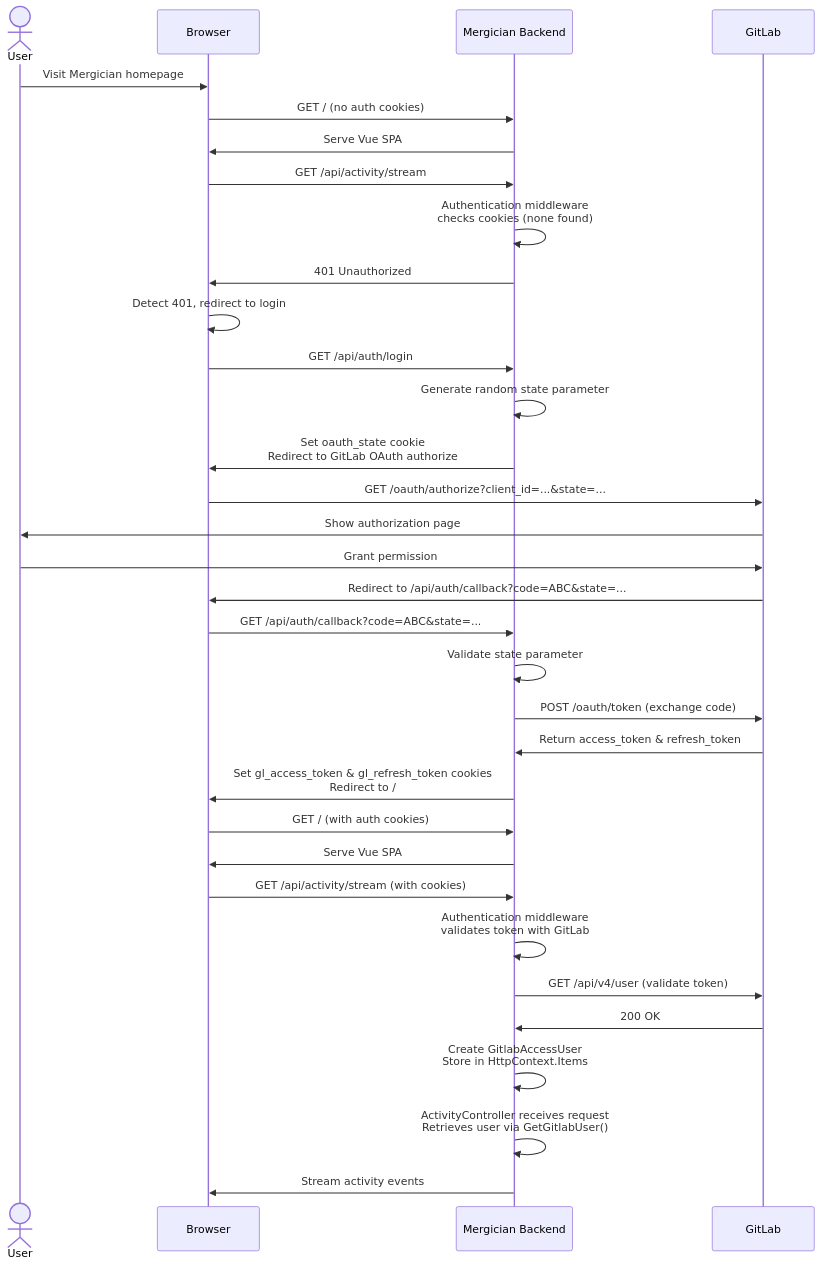
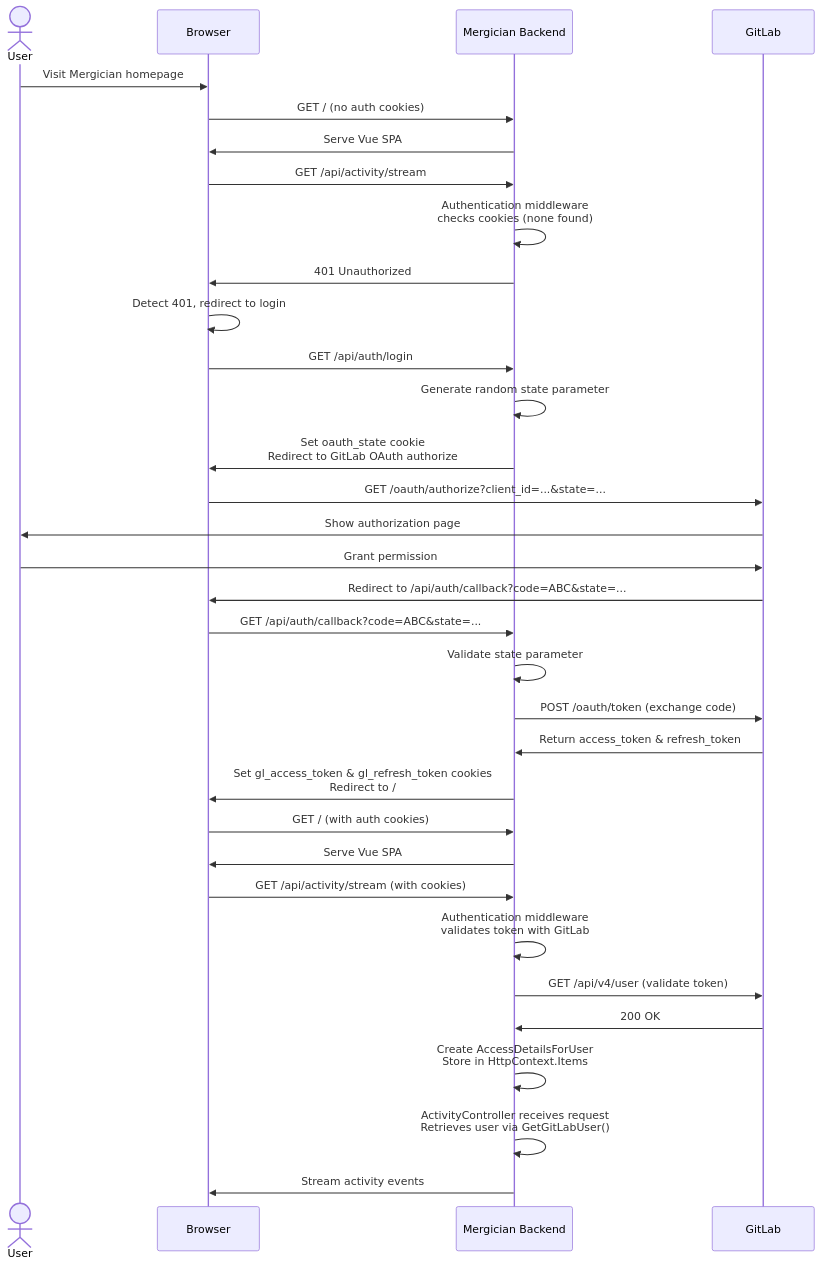
One commit to Falconne/ci-lab changed the first of 2 diagrams in docs/Authentication.md. Above: the diagram before and after it, drawn with Mermaid. The commit also changed other lines of this file and 10 other files, not shown here.

````diff
--- a/docs/Authentication.md
+++ b/docs/Authentication.md
@@ -13,36 +13,36 @@
 ```mermaid
 sequenceDiagram
     actor User
     participant Browser
     participant Mergician Backend
     participant GitLab
 
     User->>Browser: Visit Mergician homepage
     Browser->>Mergician Backend: GET / (no auth cookies)
     Mergician Backend->>Browser: Serve Vue SPA
     Browser->>Mergician Backend: GET /api/activity/stream
     Mergician Backend->>Mergician Backend: Authentication middleware<br/>checks cookies (none found)
     Mergician Backend->>Browser: 401 Unauthorized
     Browser->>Browser: Detect 401, redirect to login
     Browser->>Mergician Backend: GET /api/auth/login
     Mergician Backend->>Mergician Backend: Generate random state parameter
     Mergician Backend->>Browser: Set oauth_state cookie<br/>Redirect to GitLab OAuth authorize
     Browser->>GitLab: GET /oauth/authorize?client_id=...&state=...
     GitLab->>User: Show authorization page
     User->>GitLab: Grant permission
     GitLab->>Browser: Redirect to /api/auth/callback?code=ABC&state=...
     Browser->>Mergician Backend: GET /api/auth/callback?code=ABC&state=...
     Mergician Backend->>Mergician Backend: Validate state parameter
     Mergician Backend->>GitLab: POST /oauth/token (exchange code)
     GitLab->>Mergician Backend: Return access_token & refresh_token
     Mergician Backend->>Browser: Set gl_access_token & gl_refresh_token cookies<br/>Redirect to /
     Browser->>Mergician Backend: GET / (with auth cookies)
     Mergician Backend->>Browser: Serve Vue SPA
     Browser->>Mergician Backend: GET /api/activity/stream (with cookies)
     Mergician Backend->>Mergician Backend: Authentication middleware<br/>validates token with GitLab
     Mergician Backend->>GitLab: GET /api/v4/user (validate token)
     GitLab->>Mergician Backend: 200 OK
-    Mergician Backend->>Mergician Backend: Create GitlabAccessUser<br/>Store in HttpContext.Items
-    Mergician Backend->>Mergician Backend: ActivityController receives request<br/>Retrieves user via GetGitlabUser()
+    Mergician Backend->>Mergician Backend: Create AccessDetailsForUser<br/>Store in HttpContext.Items
+    Mergician Backend->>Mergician Backend: ActivityController receives request<br/>Retrieves user via GetGitLabUser()
     Mergician Backend->>Browser: Stream activity events
 ```
````
